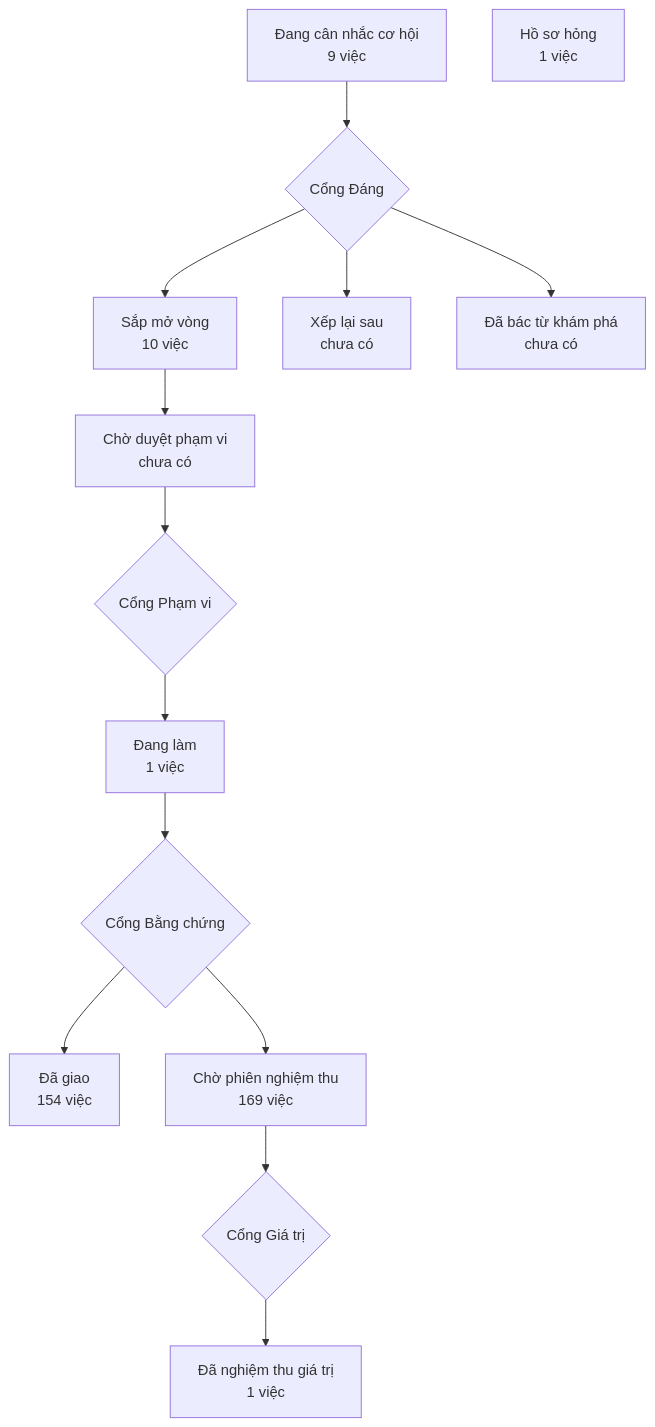
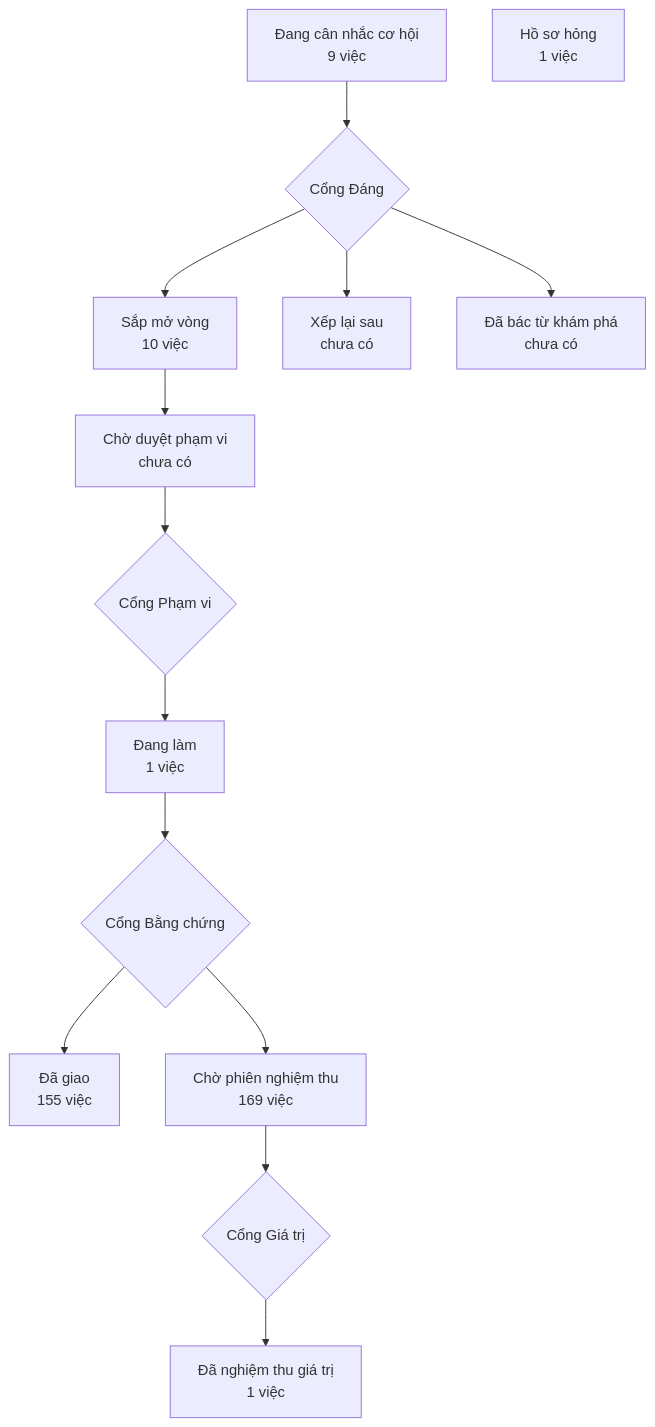
One commit to phanlemanh/crm-onehub changed the diagram in PRODUCT-MAP.md. Above: the diagram before and after it, drawn with Mermaid. The commit also changed other lines of this file and 1 other file, not shown here.

Commit message:
chore(test-nghe-127): vẽ lại bản đồ và lộ trình sau gộp onehub

````diff
--- a/PRODUCT-MAP.md
+++ b/PRODUCT-MAP.md
@@ -7,13 +7,13 @@
 ```mermaid
 flowchart TD
   A["Đang cân nhắc cơ hội<br/>9 việc"] --> GD{"Cổng Đáng"}
   GD --> B["Sắp mở vòng<br/>10 việc"]
   GD --> XL["Xếp lại sau<br/>chưa có"]
   GD --> DB["Đã bác từ khám phá<br/>chưa có"]
   B --> CD["Chờ duyệt phạm vi<br/>chưa có"] --> GP{"Cổng Phạm vi"}
   GP --> DL["Đang làm<br/>1 việc"] --> GB{"Cổng Bằng chứng"}
-  GB --> DG["Đã giao<br/>154 việc"]
+  GB --> DG["Đã giao<br/>155 việc"]
   GB --> CN["Chờ phiên nghiệm thu<br/>169 việc"] --> GG{"Cổng Giá trị"}
   GG --> NT["Đã nghiệm thu giá trị<br/>1 việc"]
   HS["Hồ sơ hỏng<br/>1 việc"]
 ```
````
